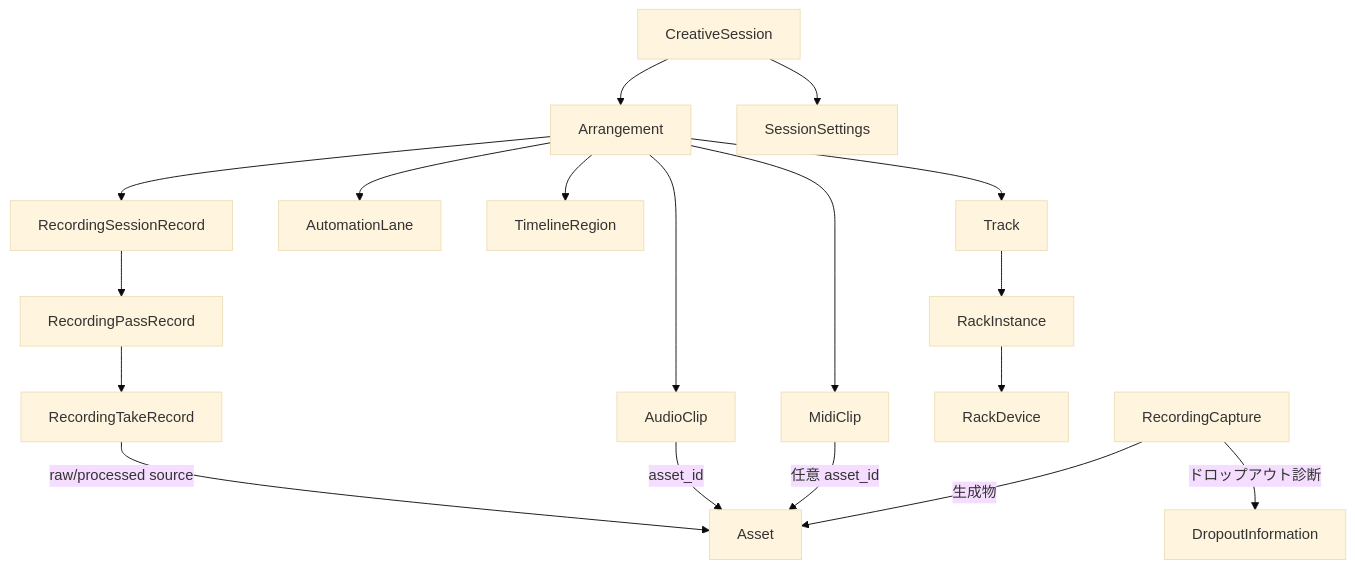
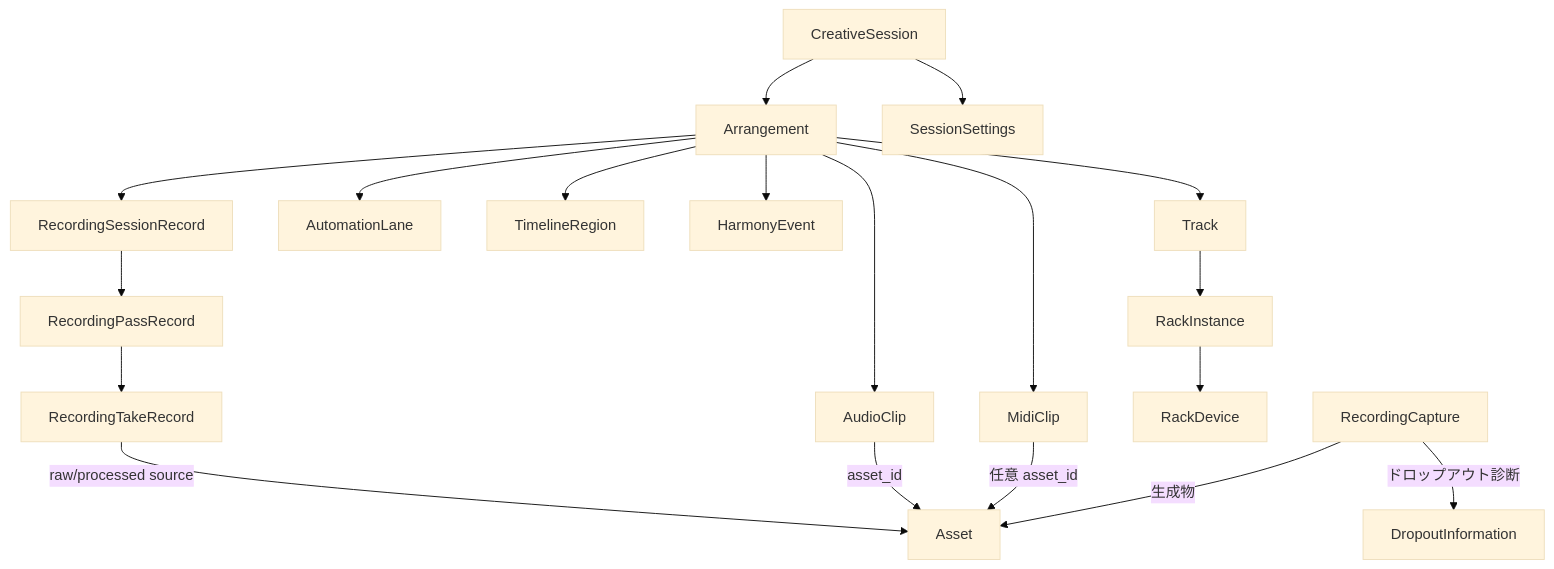
Before and after one commit to endo-ly/riffra: the diagram in docs/data-model.md, drawn with Mermaid (base theme). The commit also changed other lines of this file and 3 other files, not shown here.

````diff
--- a/docs/data-model.md
+++ b/docs/data-model.md
@@ -126,20 +130,21 @@
 ```mermaid
 flowchart TD
     CS[CreativeSession] --> AR[Arrangement]
     AR --> TR[Track]
     AR --> AC[AudioClip]
     AR --> MC[MidiClip]
     AR --> AU[AutomationLane]
     AR --> RG[TimelineRegion]
+    AR --> HE[HarmonyEvent]
     AR --> RS[RecordingSessionRecord]
     RS --> RP[RecordingPassRecord]
     RP --> RT[RecordingTakeRecord]
     RT -->|raw/processed source| AS[Asset]
     AC -->|asset_id| AS
     MC -->|任意 asset_id| AS
     TR --> RI[RackInstance]
     RI --> RD[RackDevice]
     CS --> SE[SessionSettings]
     RC[RecordingCapture] -->|生成物| AS
     RC -->|ドロップアウト診断| DI[DropoutInformation]
 ```
````
